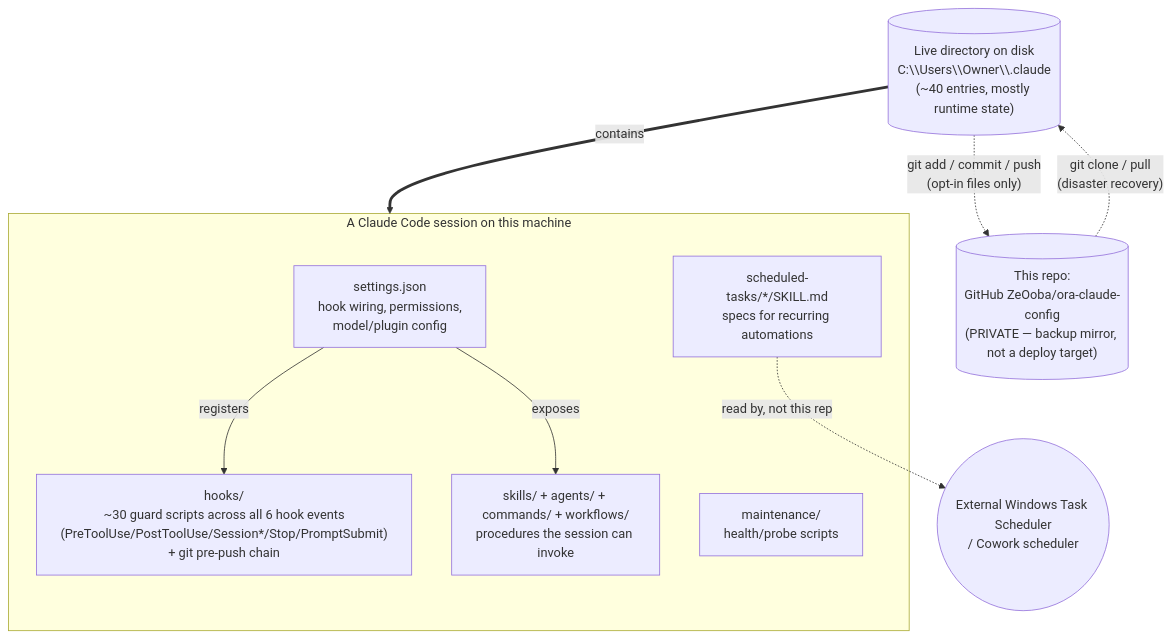
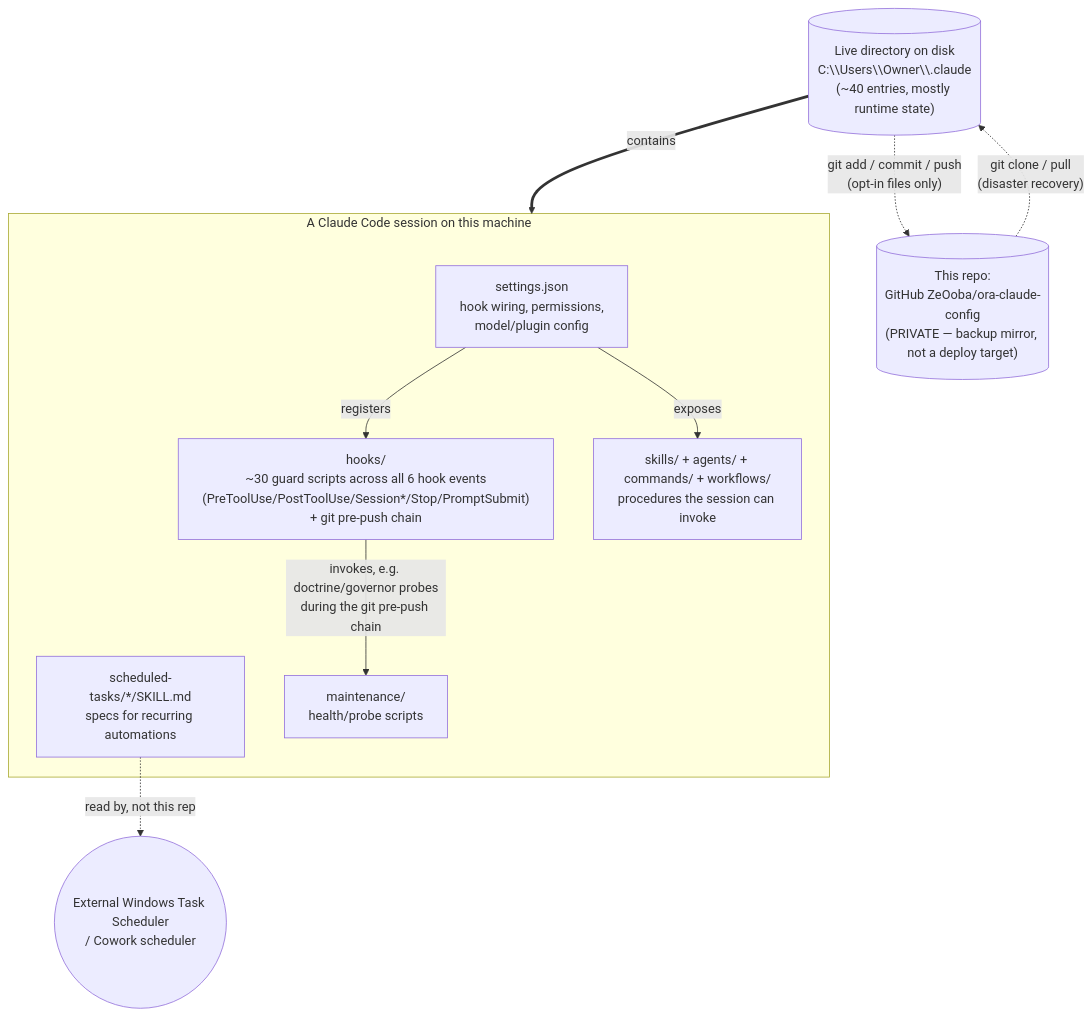
The diagram in README.md (ZeOoba/ora-claude-config), drawn with Mermaid before and after one commit. The commit also changed other lines of this file and 7 other files, not shown here.

First line of the commit message:
fix(readme): add missing HOOKS->MAINT edge to architecture diagram

````diff
--- a/README.md
+++ b/README.md
@@ -34,20 +34,21 @@
 ```mermaid
 flowchart TB
     subgraph SESSION["A Claude Code session on this machine"]
         CFG["settings.json\nhook wiring, permissions,\nmodel/plugin config"]
         HOOKS["hooks/\n~30 guard scripts across all 6 hook events\n(PreToolUse/PostToolUse/Session*/Stop/PromptSubmit)\n+ git pre-push chain"]
         SKILLS["skills/ + agents/ + commands/ + workflows/\nprocedures the session can invoke"]
         SCHED["scheduled-tasks/*/SKILL.md\nspecs for recurring automations"]
         MAINT["maintenance/\nhealth/probe scripts"]
         CFG -->|registers| HOOKS
         CFG -->|exposes| SKILLS
+        HOOKS -->|invokes, e.g. doctrine/governor probes\nduring the git pre-push chain| MAINT
     end
 
     SCHEDULER(("External Windows Task Scheduler\n/ Cowork scheduler"))
     SCHED -.read by, not this repo.-> SCHEDULER
 
     LOCALDIR[("Live directory on disk\nC:\\Users\\Owner\\.claude\n(~40 entries, mostly runtime state)")]
     LOCALDIR ==contains==> SESSION
     LOCALDIR -.git add / commit / push\n(opt-in files only).-> REPO[("This repo:\nGitHub ZeOoba/ora-claude-config\n(PRIVATE — backup mirror, not a deploy target)")]
     REPO -.git clone / pull\n(disaster recovery).-> LOCALDIR
 ```
````
